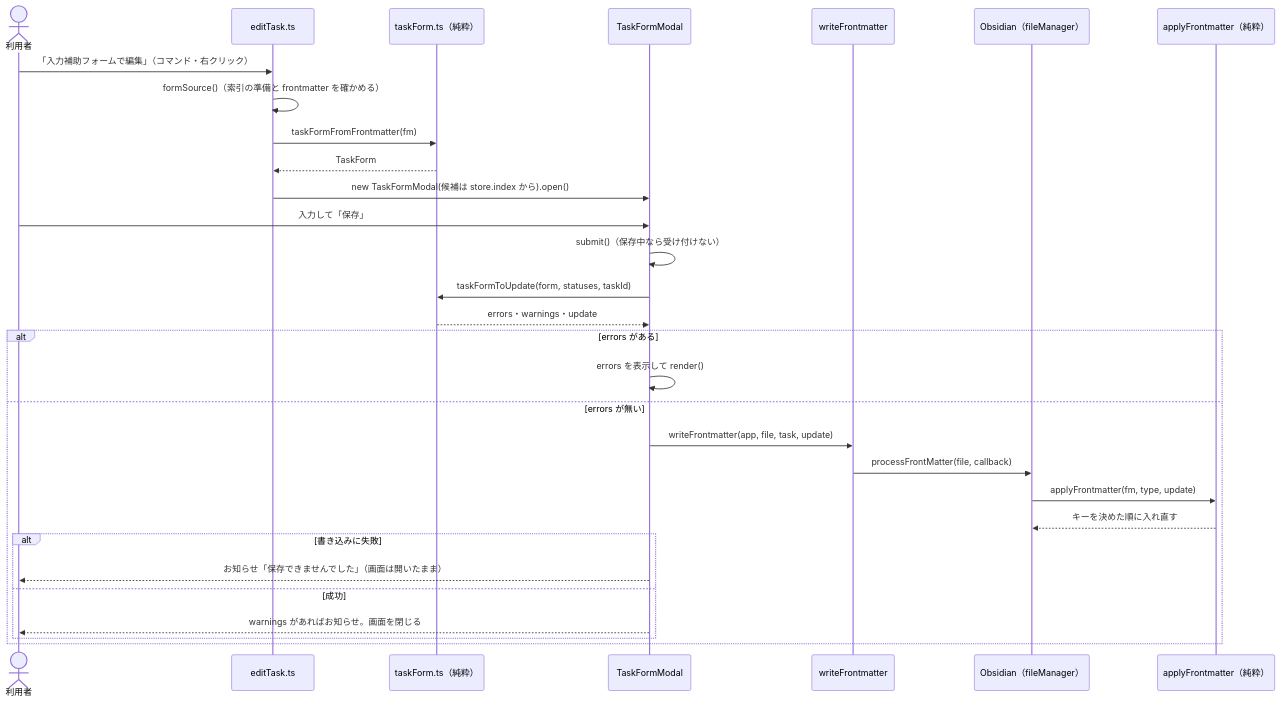
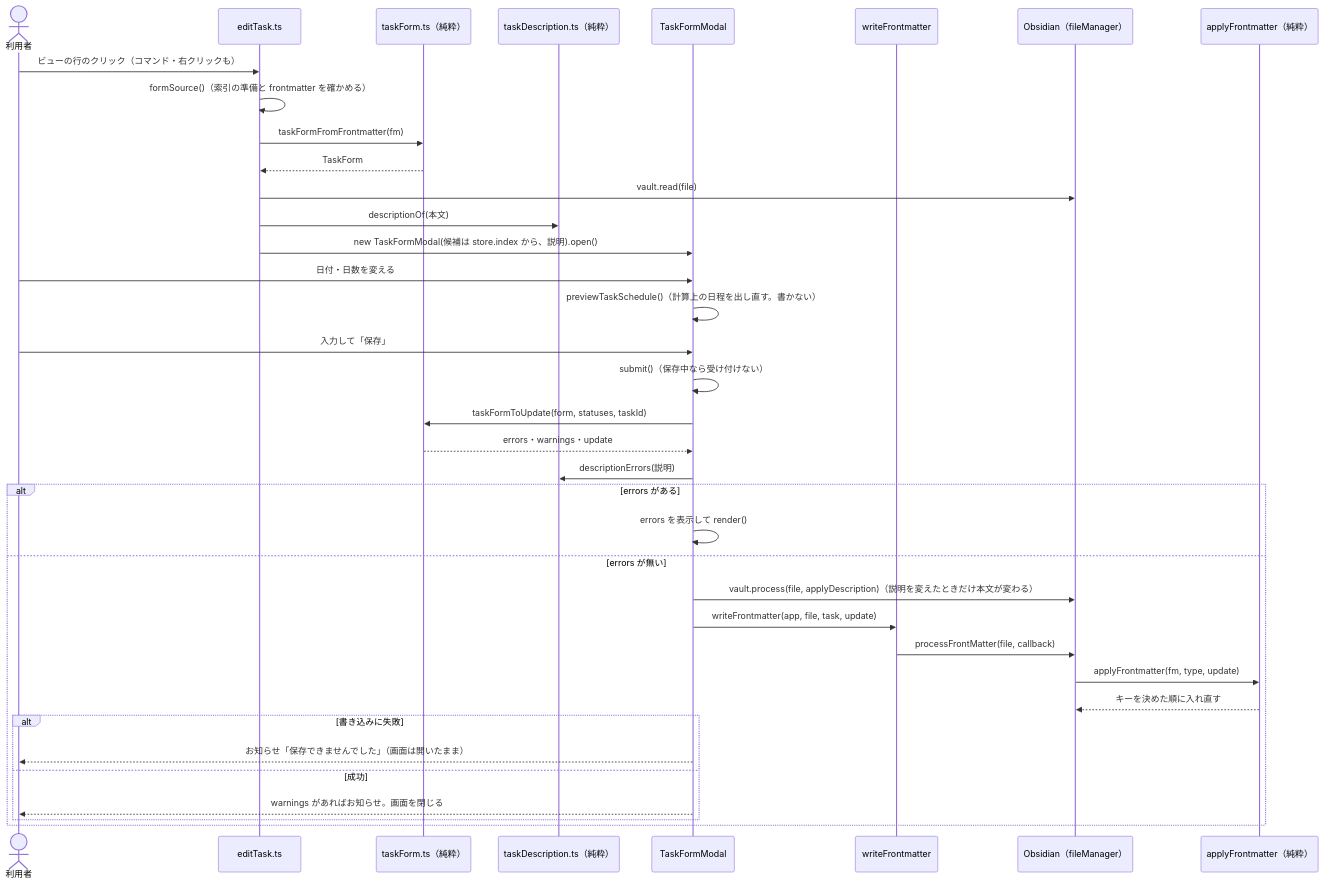
Before and after one commit to 2JO-code/2JO-dev-obsidian-pm-plugin: the seventh of 7 diagrams in docs/DIAGRAMS.md, drawn with Mermaid. The commit also changed other lines of this file and 142 other files, not shown here.

````diff
--- a/docs/DIAGRAMS.md
+++ b/docs/DIAGRAMS.md
@@ -425,33 +443,40 @@
 ```mermaid
 sequenceDiagram
 	actor U as 利用者
 	participant E as editTask.ts
 	participant F as taskForm.ts（純粋）
+	participant D as taskDescription.ts（純粋）
 	participant M as TaskFormModal
 	participant W as writeFrontmatter
 	participant O as Obsidian（fileManager）
 	participant A as applyFrontmatter（純粋）
 
-	U->>E: 「入力補助フォームで編集」（コマンド・右クリック）
+	U->>E: ビューの行のクリック（コマンド・右クリックも）
 	E->>E: formSource()（索引の準備と frontmatter を確かめる）
 	E->>F: taskFormFromFrontmatter(fm)
 	F-->>E: TaskForm
-	E->>M: new TaskFormModal(候補は store.index から).open()
+	E->>O: vault.read(file)
+	E->>D: descriptionOf(本文)
+	E->>M: new TaskFormModal(候補は store.index から、説明).open()
+	U->>M: 日付・日数を変える
+	M->>M: previewTaskSchedule()（計算上の日程を出し直す。書かない）
 	U->>M: 入力して「保存」
 	M->>M: submit()（保存中なら受け付けない）
 	M->>F: taskFormToUpdate(form, statuses, taskId)
 	F-->>M: errors・warnings・update
+	M->>D: descriptionErrors(説明)
 	alt errors がある
 		M->>M: errors を表示して render()
 	else errors が無い
+		M->>O: vault.process(file, applyDescription)（説明を変えたときだけ本文が変わる）
 		M->>W: writeFrontmatter(app, file, task, update)
 		W->>O: processFrontMatter(file, callback)
 		O->>A: applyFrontmatter(fm, type, update)
 		A-->>O: キーを決めた順に入れ直す
 		alt 書き込みに失敗
 			M-->>U: お知らせ「保存できませんでした」（画面は開いたまま）
 		else 成功
 			M-->>U: warnings があればお知らせ。画面を閉じる
 		end
 	end
 ```
````
